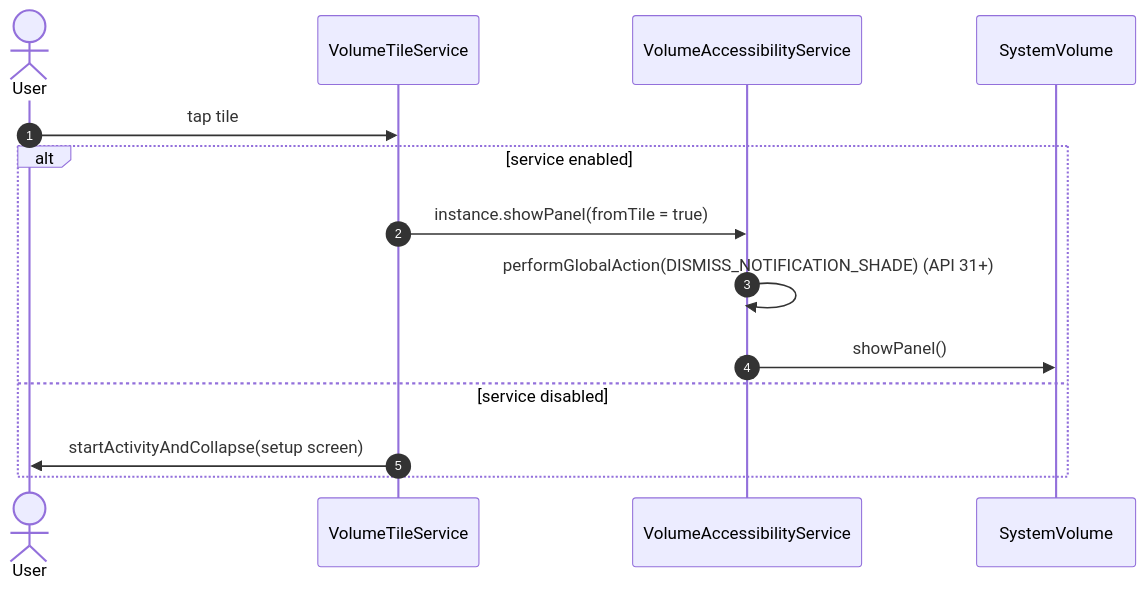
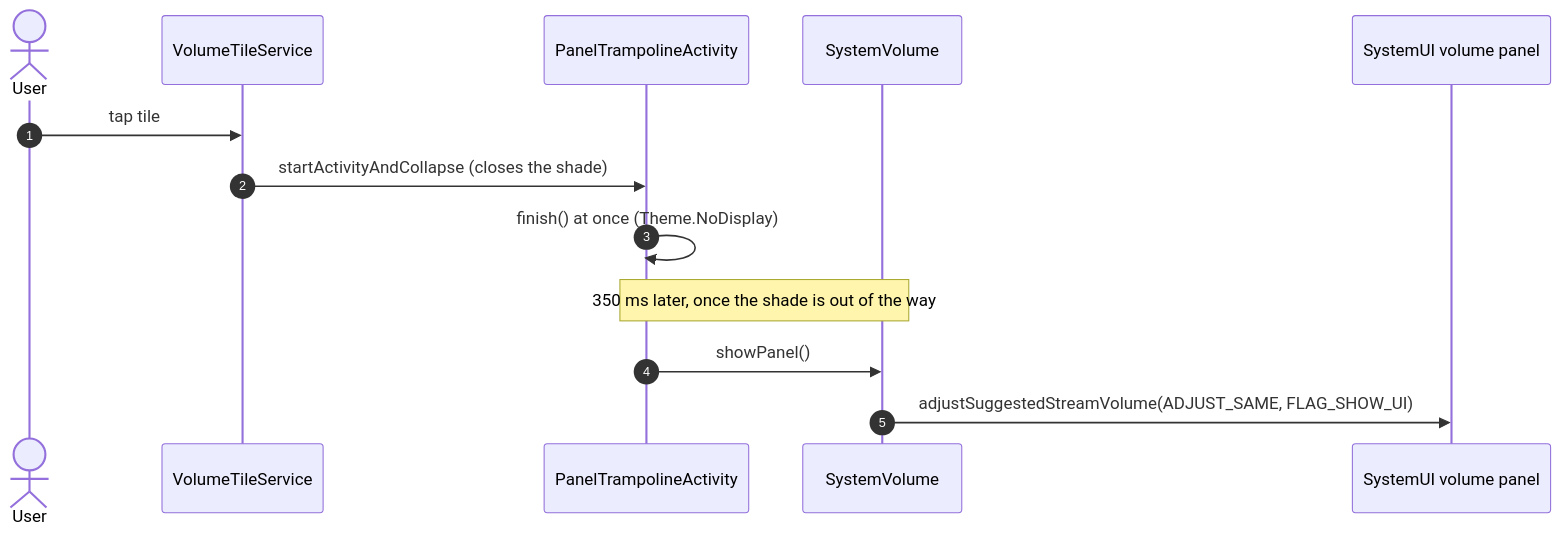
Before and after one commit to Shivu-patil0/EdgeVol: the second of 3 diagrams in docs/03-architecture.md, drawn with Mermaid. The commit also changed other lines of this file and 26 other files, not shown here.

````diff
--- a/docs/03-architecture.md
+++ b/docs/03-architecture.md
@@ -80,16 +80,15 @@
 ```mermaid
 sequenceDiagram
     autonumber
     actor U as User
     participant T as VolumeTileService
-    participant S as VolumeAccessibilityService
+    participant A as PanelTrampolineActivity
     participant V as SystemVolume
+    participant SUI as SystemUI volume panel
     U->>T: tap tile
-    alt service enabled
-        T->>S: instance.showPanel(fromTile = true)
-        S->>S: performGlobalAction(DISMISS_NOTIFICATION_SHADE) (API 31+)
-        S->>V: showPanel()
-    else service disabled
-        T->>U: startActivityAndCollapse(setup screen)
-    end
+    T->>A: startActivityAndCollapse (closes the shade)
+    A->>A: finish() at once (Theme.NoDisplay)
+    Note over A,V: 350 ms later, once the shade is out of the way
+    A->>V: showPanel()
+    V->>SUI: adjustSuggestedStreamVolume(ADJUST_SAME, FLAG_SHOW_UI)
 ```
````
